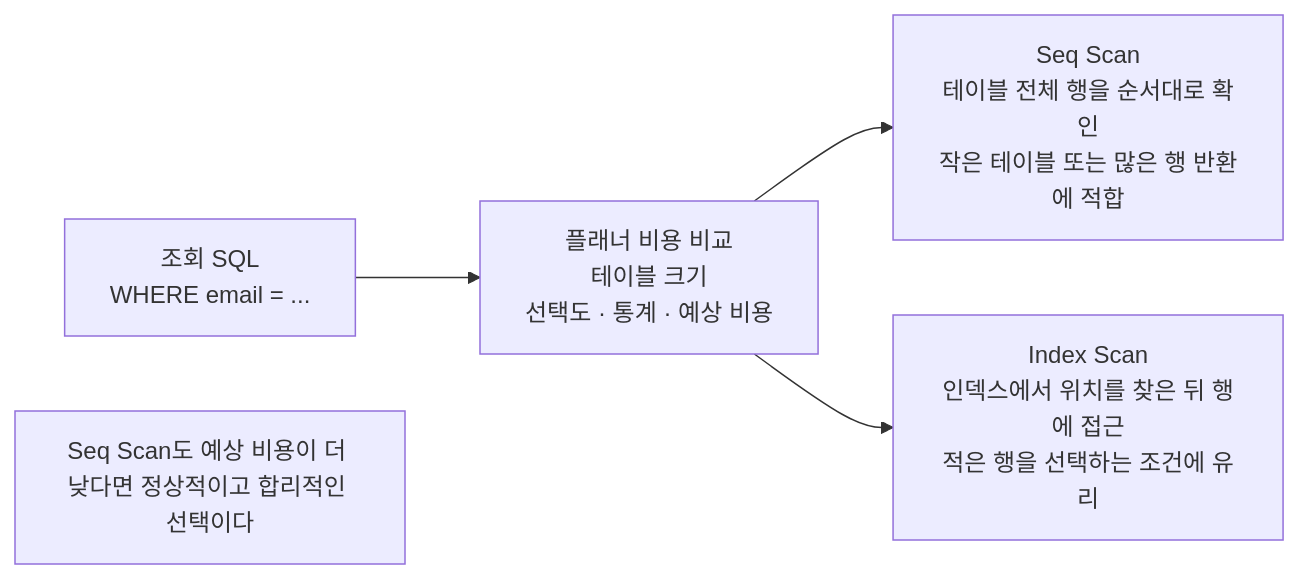
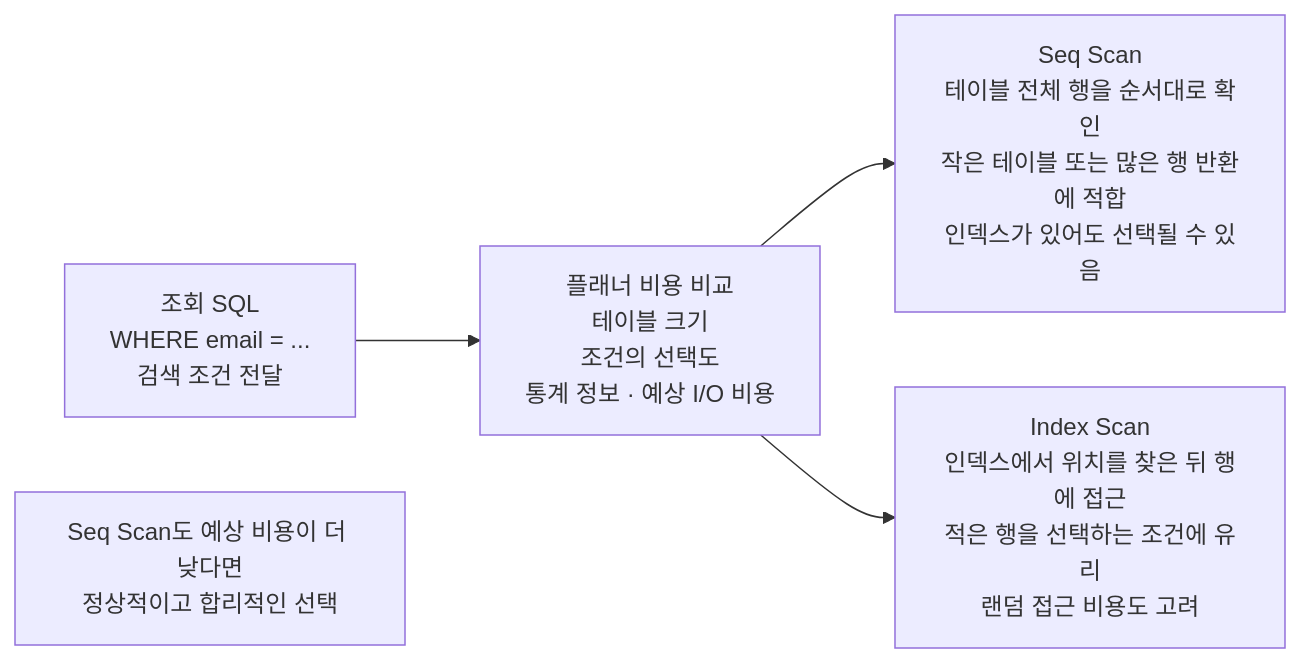
The diagram in images/chapter10/ch10_02_table_scan_vs_index_scan.mmd (GilbertMoon/ai-database-book), drawn with Mermaid before and after one commit.

Commit message:
Sync Mermaid source for Chapter 10 scan comparison

```diff
--- a/images/chapter10/ch10_02_table_scan_vs_index_scan.mmd
+++ b/images/chapter10/ch10_02_table_scan_vs_index_scan.mmd
@@ -1,10 +1,5 @@
 flowchart LR
-    A[조회 SQL<br/>WHERE email = ...]
-    P[플래너 비용 비교<br/>테이블 크기<br/>선택도 · 통계 · 예상 비용]
-    B[Seq Scan<br/>테이블 전체 행을 순서대로 확인<br/>작은 테이블 또는 많은 행 반환에 적합]
-    C[Index Scan<br/>인덱스에서 위치를 찾은 뒤 행에 접근<br/>적은 행을 선택하는 조건에 유리]
-    N[Seq Scan도 예상 비용이 더 낮다면 정상적이고 합리적인 선택이다]
-
-    A --> P
-    P --> B
-    P --> C
+    A["조회 SQL<br/>WHERE email = ...<br/>검색 조건 전달"] --> P["플래너 비용 비교<br/>테이블 크기<br/>조건의 선택도<br/>통계 정보 · 예상 I/O 비용"]
+    P --> B["Seq Scan<br/>테이블 전체 행을 순서대로 확인<br/>작은 테이블 또는 많은 행 반환에 적합<br/>인덱스가 있어도 선택될 수 있음"]
+    P --> C["Index Scan<br/>인덱스에서 위치를 찾은 뒤 행에 접근<br/>적은 행을 선택하는 조건에 유리<br/>랜덤 접근 비용도 고려"]
+    N["Seq Scan도 예상 비용이 더 낮다면<br/>정상적이고 합리적인 선택"]
```
